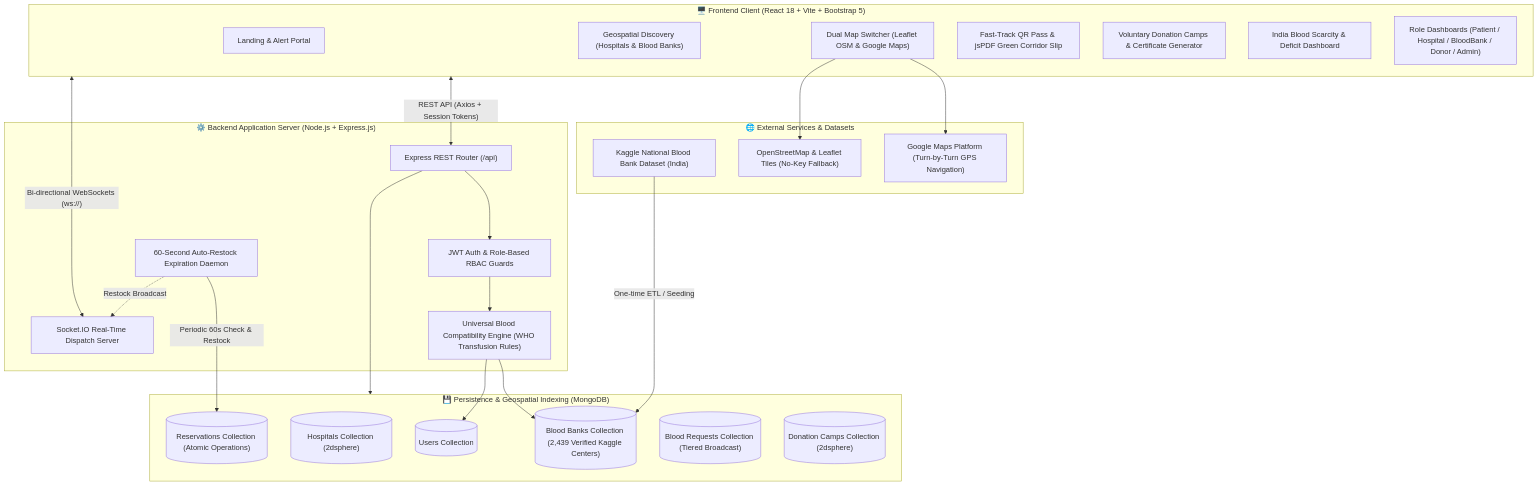
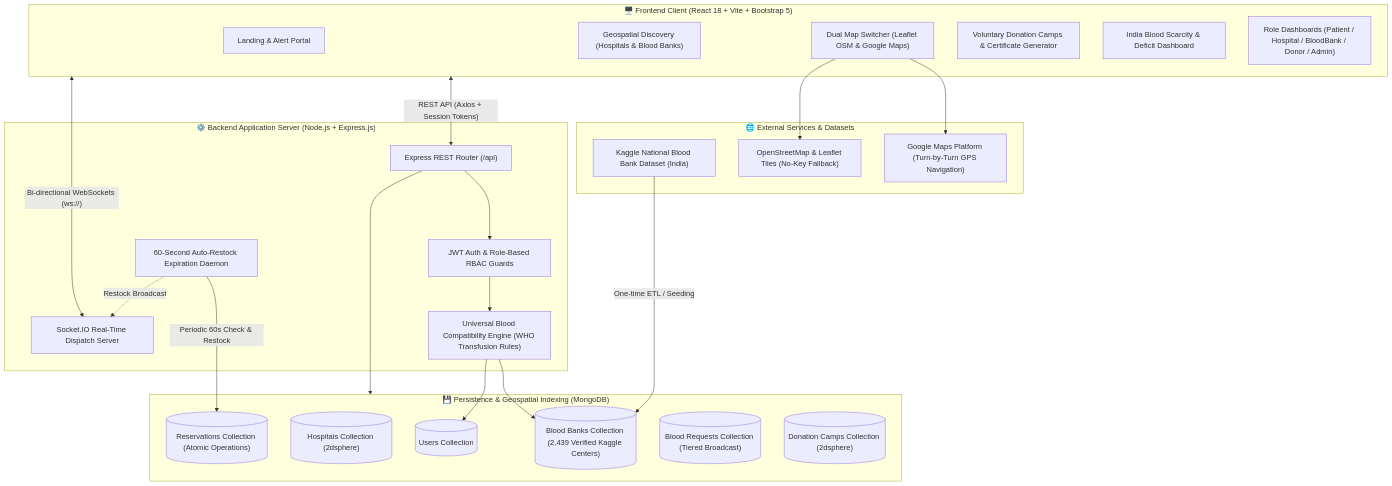
Before and after one commit to CharudattaPatil-AC/Vital-Link: the first of 5 diagrams in README.md, drawn with Mermaid. The commit also changed other lines of this file and 2 other files, not shown here.

Commit message:
refactor: remove printable PDF emergency pass & green corridor QR token

````diff
--- a/README.md
+++ b/README.md
@@ -35,49 +35,48 @@
 ```mermaid
 flowchart TD
     subgraph ClientLayer["🖥️ Frontend Client (React 18 + Vite + Bootstrap 5)"]
         UI_Home["Landing & Alert Portal"]
         UI_Search["Geospatial Discovery (Hospitals & Blood Banks)"]
         UI_DualMap["Dual Map Switcher (Leaflet OSM & Google Maps)"]
-        UI_Pass["Fast-Track QR Pass & jsPDF Green Corridor Slip"]
         UI_Camps["Voluntary Donation Camps & Certificate Generator"]
         UI_Analytics["India Blood Scarcity & Deficit Dashboard"]
         UI_Dashboards["Role Dashboards (Patient / Hospital / BloodBank / Donor / Admin)"]
     end
 
     subgraph APILayer["⚙️ Backend Application Server (Node.js + Express.js)"]
         Router["Express REST Router (/api)"]
         AuthMiddleware["JWT Auth & Role-Based RBAC Guards"]
         CompatEngine["Universal Blood Compatibility Engine (WHO Transfusion Rules)"]
         SocketServer["Socket.IO Real-Time Dispatch Server"]
         CleanupDaemon["60-Second Auto-Restock Expiration Daemon"]
     end
 
     subgraph DataLayer["💾 Persistence & Geospatial Indexing (MongoDB)"]
         DB_Users[("Users Collection")]
         DB_Hospitals[("Hospitals Collection (2dsphere)")]
         DB_BloodBanks[("Blood Banks Collection (2,439 Verified Kaggle Centers)")]
         DB_Reservations[("Reservations Collection (Atomic Operations)")]
         DB_BloodRequests[("Blood Requests Collection (Tiered Broadcast)")]
         DB_DonationCamps[("Donation Camps Collection (2dsphere)")]
     end
 
     subgraph ExternalServices["🌐 External Services & Datasets"]
         Kaggle["Kaggle National Blood Bank Dataset (India)"]
         GMaps["Google Maps Platform (Turn-by-Turn GPS Navigation)"]
         OSM["OpenStreetMap & Leaflet Tiles (No-Key Fallback)"]
     end
 
     %% Connections
     ClientLayer <-->|"REST API (Axios + Session Tokens)"| Router
     ClientLayer <-->|"Bi-directional WebSockets (ws://)"| SocketServer
     Router --> AuthMiddleware
     AuthMiddleware --> CompatEngine
     CompatEngine --> DB_BloodBanks
     CompatEngine --> DB_Users
     Router --> DataLayer
     CleanupDaemon -->|"Periodic 60s Check & Restock"| DB_Reservations
     CleanupDaemon -.->|"Restock Broadcast"| SocketServer
     Kaggle -->|"One-time ETL / Seeding"| DB_BloodBanks
     UI_DualMap --> GMaps
     UI_DualMap --> OSM
 ```
````
